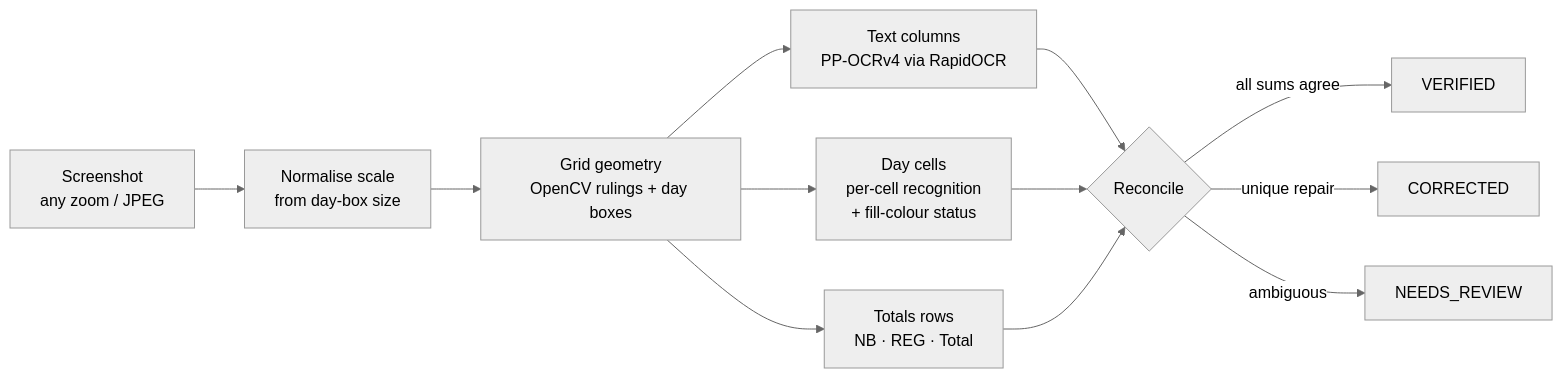
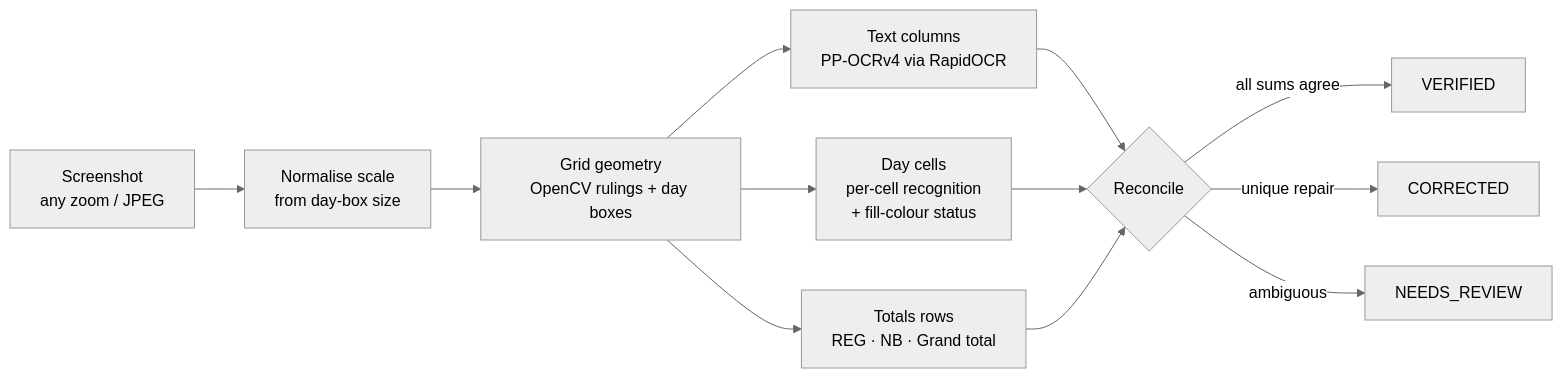
One commit to pavan-dangeti/VeriTrack-AI changed the first of 2 diagrams in README.md. Above: the diagram before and after it, drawn with Mermaid (neutral theme). The commit also changed other lines of this file and 1 other file, not shown here.

````diff
--- a/README.md
+++ b/README.md
@@ -86,12 +86,12 @@
 ```mermaid
 flowchart LR
     A[Screenshot<br/>any zoom / JPEG] --> B[Normalise scale<br/>from day-box size]
     B --> C[Grid geometry<br/>OpenCV rulings + day boxes]
     C --> D[Text columns<br/>PP-OCRv4 via RapidOCR]
     C --> E[Day cells<br/>per-cell recognition<br/>+ fill-colour status]
-    C --> F[Totals rows<br/>NB · REG · Total]
+    C --> F[Totals rows<br/>REG · NB · Grand total]
     D & E & F --> G{Reconcile}
     G -->|all sums agree| H[VERIFIED]
     G -->|unique repair| I[CORRECTED]
     G -->|ambiguous| J[NEEDS_REVIEW]
 ```
````
